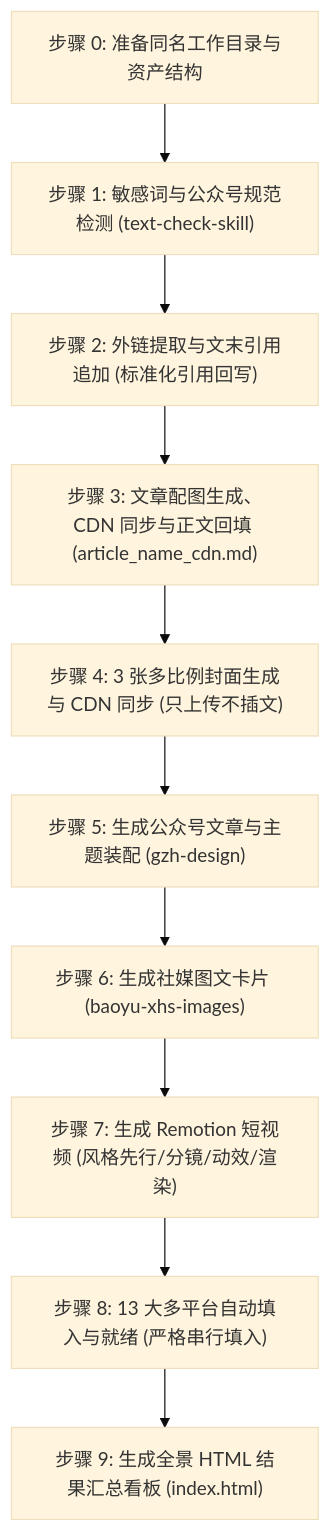
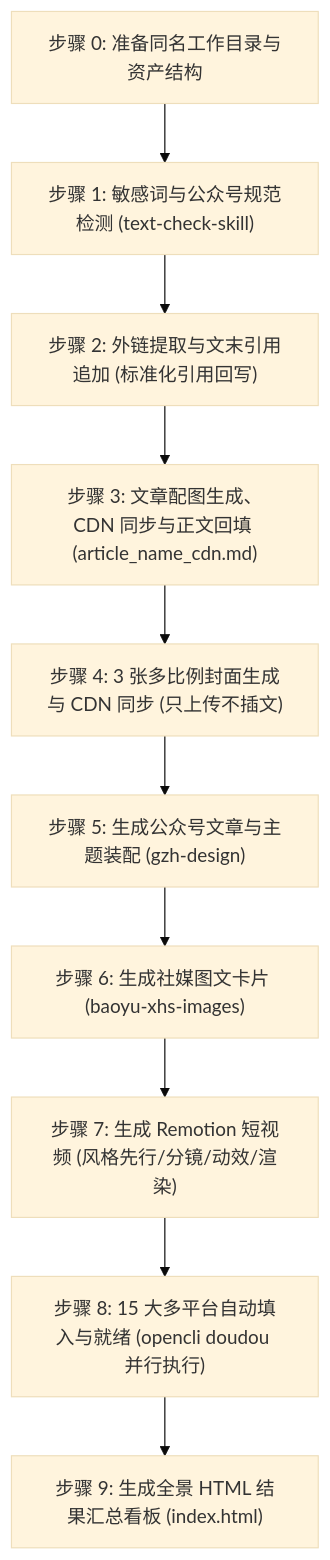
The diagram in SKILL.md (undsky/doudou-UGC-skill), drawn with Mermaid (base theme) before and after one commit. The commit also changed other lines of this file, not shown here.

````diff
--- a/SKILL.md
+++ b/SKILL.md
@@ -90,12 +90,12 @@
 ```mermaid
 flowchart TD
     S0["步骤 0: 准备同名工作目录与资产结构"] --> S1["步骤 1: 敏感词与公众号规范检测 (text-check-skill)"]
     S1 --> S2["步骤 2: 外链提取与文末引用追加 (标准化引用回写)"]
     S2 --> S3["步骤 3: 文章配图生成、CDN 同步与正文回填 (article_name_cdn.md)"]
     S3 --> S4["步骤 4: 3 张多比例封面生成与 CDN 同步 (只上传不插文)"]
     S4 --> S5["步骤 5: 生成公众号文章与主题装配 (gzh-design)"]
     S5 --> S6["步骤 6: 生成社媒图文卡片 (baoyu-xhs-images)"]
     S6 --> S7["步骤 7: 生成 Remotion 短视频 (风格先行/分镜/动效/渲染)"]
-    S7 --> S8["步骤 8: 13 大多平台自动填入与就绪 (严格串行填入)"]
+    S7 --> S8["步骤 8: 15 大多平台自动填入与就绪 (opencli doudou 并行执行)"]
     S8 --> S9["步骤 9: 生成全景 HTML 结果汇总看板 (index.html)"]
 ```
````
